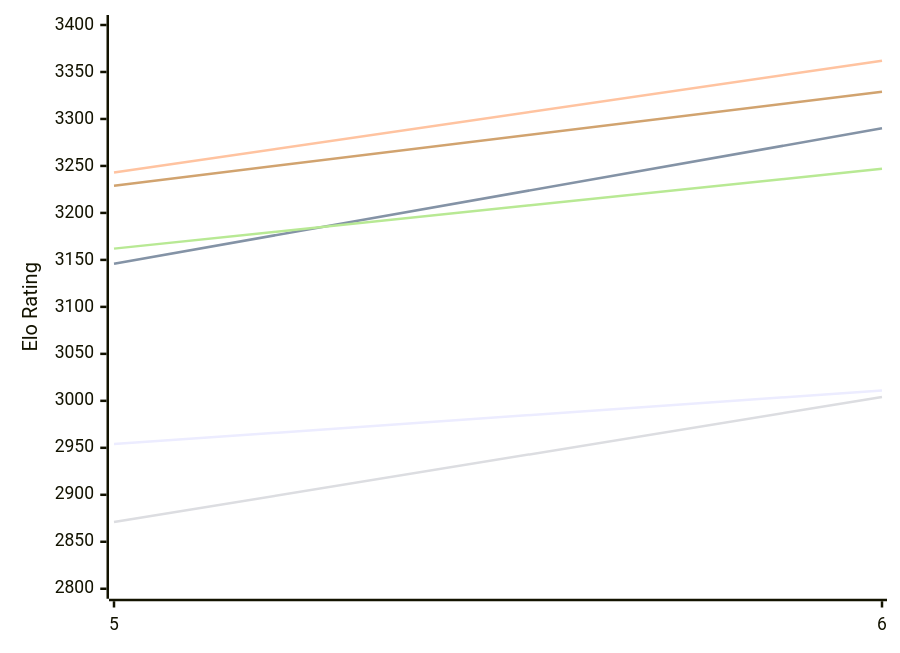
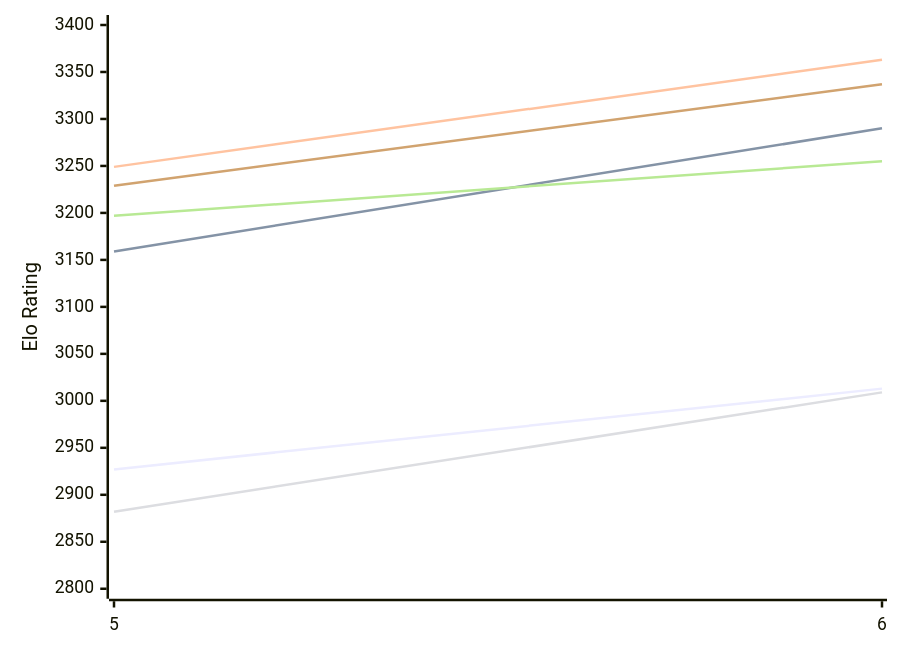
Before and after one commit to computer-chess-index/cci: the first of 2 diagrams in engines/Cwtch.md, drawn with Mermaid. The commit also changed other lines of this file, not shown here.

Commit message:
Update CCI Ratings (ELO VLTC) - 2026-11-25

````diff
--- a/engines/Cwtch.md
+++ b/engines/Cwtch.md
@@ -51,12 +51,12 @@
 ```mermaid
 %%{init: {"theme":"base","themeVariables":{"seriesColors:['#a3a3a3','#222221','#faa371']}}}%%
 xychart-beta
   x-axis ["5", "6"]
   y-axis "Elo Rating" 2800 --> 3400
-  line "E1: STC (8.0+0.08s)" [2954, 3011]
-  line "E1: LTC (60.0+0.60s)" [3146, 3290]
-  line "E1: VLTC (2m24s+1.12s)" [3243, 3362]
-  line "P1: STC (8.0+0.08s)" [2871, 3004]
-  line "P1: LTC (60.0+0.60s)" [3162, 3247]
-  line "P1: VLTC (2m24s+1.12s)" [3229, 3329]
+  line "E1: STC (8.0+0.08s)" [2927, 3013]
+  line "E1: LTC (60.0+0.60s)" [3159, 3290]
+  line "E1: VLTC (2m24s+1.12s)" [3249, 3363]
+  line "P1: STC (8.0+0.08s)" [2882, 3009]
+  line "P1: LTC (60.0+0.60s)" [3197, 3255]
+  line "P1: VLTC (2m24s+1.12s)" [3229, 3337]
 ```
````
